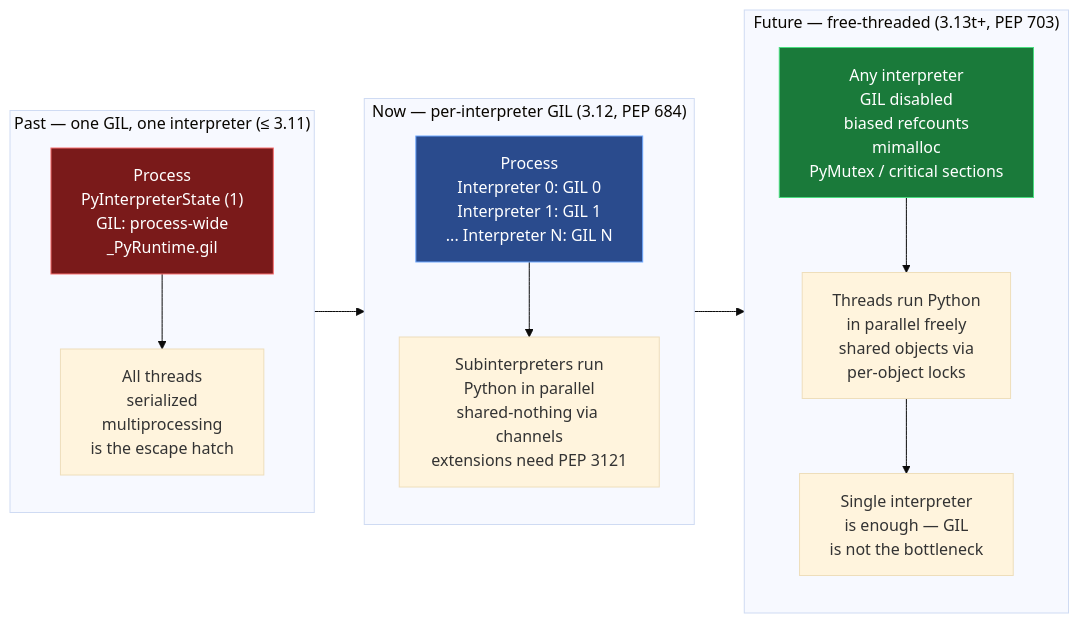
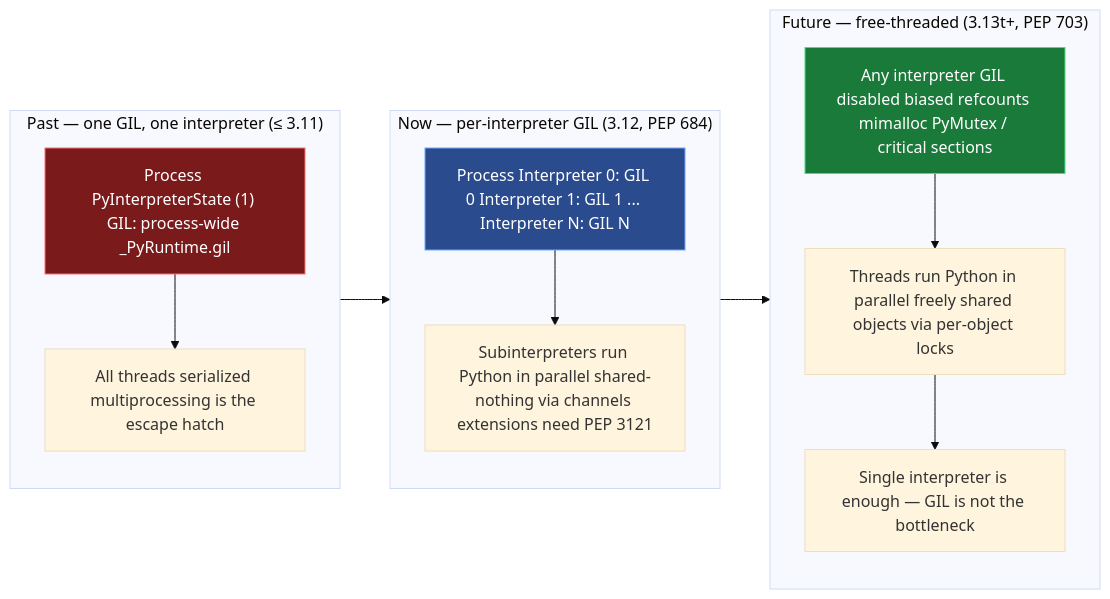
One commit to bumbsclaw/textbooks changed the eighth of 8 diagrams in vol-16-python-cpython-internals/ch05-gil.md. Above: the diagram before and after it, drawn with Mermaid (base theme). The commit also changed other lines of this file and 9 other files, not shown here.

First line of the commit message:
fix(pdf, mermaid): syntax-highlighted code blocks + diagram label fixes

````diff
--- a/vol-16-python-cpython-internals/ch05-gil.md
+++ b/vol-16-python-cpython-internals/ch05-gil.md
@@ -1182,22 +1171,22 @@
 ```mermaid
 flowchart LR
     subgraph PAST["Past — one GIL, one interpreter (≤ 3.11)"]
-        P1["Process<br/>PyInterpreterState (1)<br/>GIL: process-wide<br/>_PyRuntime.gil"]
-        P1 --> P2["All threads<br/>serialized<br/>multiprocessing<br/>is the escape hatch"]
+        P1["Process PyInterpreterState (1) GIL: process-wide _PyRuntime.gil"]
+        P1 --> P2["All threads serialized multiprocessing is the escape hatch"]
     end
     subgraph NOW["Now — per-interpreter GIL (3.12, PEP 684)"]
-        N1["Process<br/>Interpreter 0: GIL 0<br/>Interpreter 1: GIL 1<br/>... Interpreter N: GIL N"]
-        N1 --> N2["Subinterpreters run<br/>Python in parallel<br/>shared-nothing via channels<br/>extensions need PEP 3121"]
+        N1["Process Interpreter 0: GIL 0 Interpreter 1: GIL 1 ... Interpreter N: GIL N"]
+        N1 --> N2["Subinterpreters run Python in parallel shared-nothing via channels extensions need PEP 3121"]
     end
     subgraph FUTURE["Future — free-threaded (3.13t+, PEP 703)"]
-        F1["Any interpreter<br/>GIL disabled<br/>biased refcounts<br/>mimalloc<br/>PyMutex / critical sections"]
-        F1 --> F2["Threads run Python<br/>in parallel freely<br/>shared objects via<br/>per-object locks"]
-        F2 --> F3["Single interpreter<br/>is enough — GIL<br/>is not the bottleneck"]
+        F1["Any interpreter GIL disabled biased refcounts mimalloc PyMutex / critical sections"]
+        F1 --> F2["Threads run Python in parallel freely shared objects via per-object locks"]
+        F2 --> F3["Single interpreter is enough — GIL is not the bottleneck"]
     end
 
     PAST --> NOW --> FUTURE
 
     style P1 fill:#7a1a1a,stroke:#f87171,color:#fff
     style N1 fill:#2a4b8d,stroke:#6ea8fe,color:#fff
     style F1 fill:#1a7a3a,stroke:#4ade80,color:#fff
 ```
````
